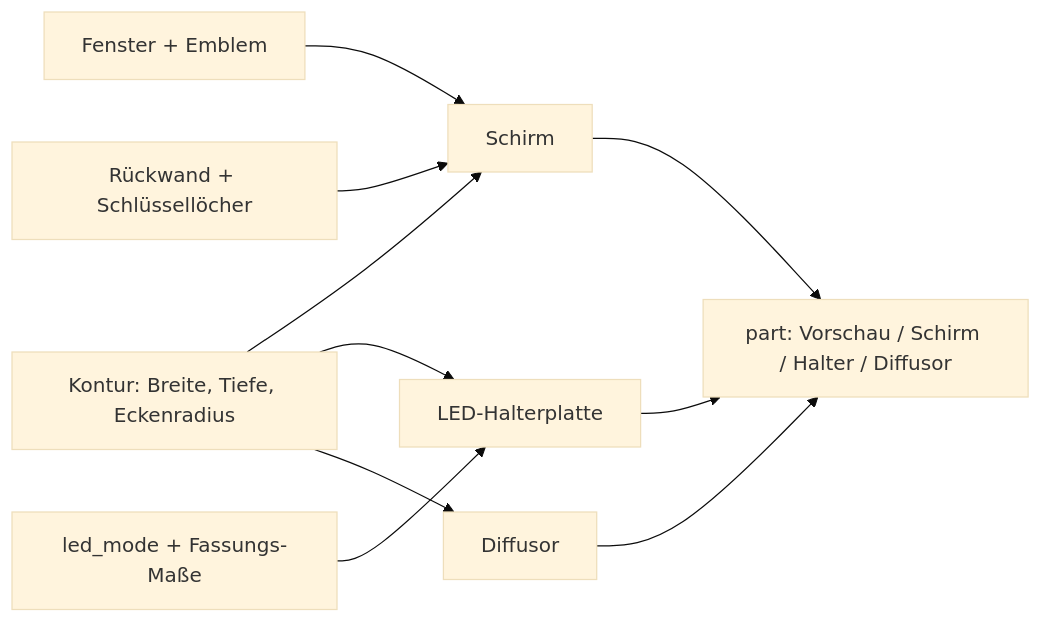
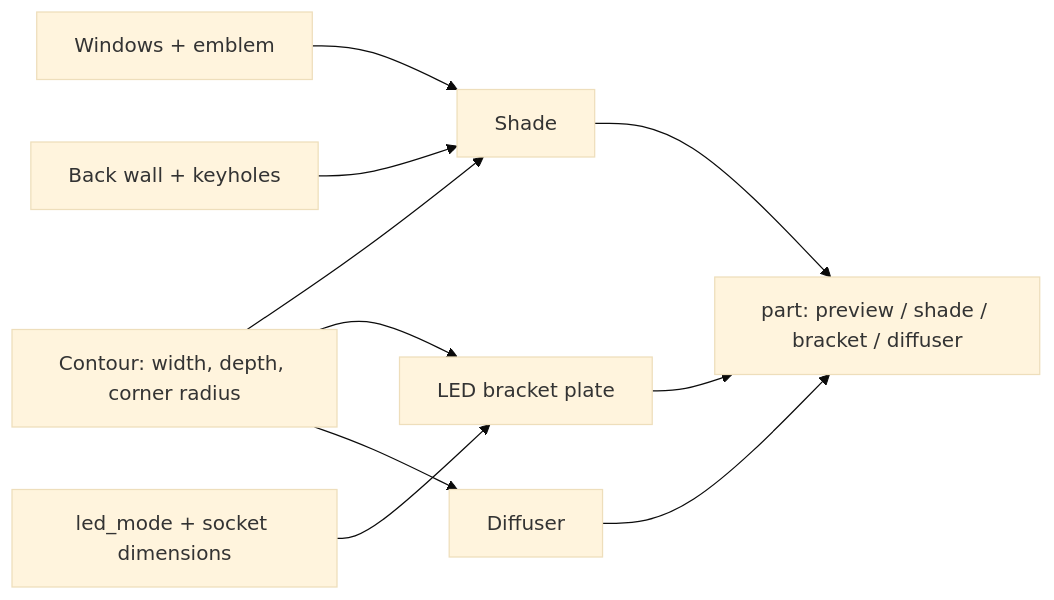
Before and after one commit to BetaHydri/parametric-cad-models: the diagram in models/parametric-wall-lamp/README.md, drawn with Mermaid (base theme). The commit also changed other lines of this file and 57 other files, not shown here.

````diff
--- a/models/parametric-wall-lamp/README.md
+++ b/models/parametric-wall-lamp/README.md
@@ -253,12 +249,12 @@
 ```mermaid
 flowchart LR
-    K[Kontur: Breite, Tiefe, Eckenradius] --> S[Schirm]
-    F[Fenster + Emblem] --> S
-    A[Rückwand + Schlüssellöcher] --> S
-    K --> H[LED-Halterplatte]
-    L[led_mode + Fassungs-Maße] --> H
-    K --> D[Diffusor]
-    S --> O[part: Vorschau / Schirm / Halter / Diffusor]
+    K[Contour: width, depth, corner radius] --> S[Shade]
+    F[Windows + emblem] --> S
+    A[Back wall + keyholes] --> S
+    K --> H[LED bracket plate]
+    L[led_mode + socket dimensions] --> H
+    K --> D[Diffuser]
+    S --> O[part: preview / shade / bracket / diffuser]
     H --> O
     D --> O
 ```
````
